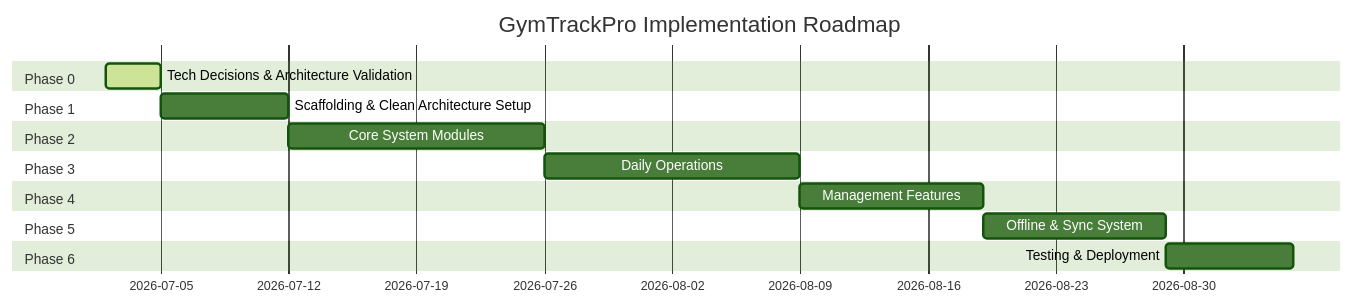
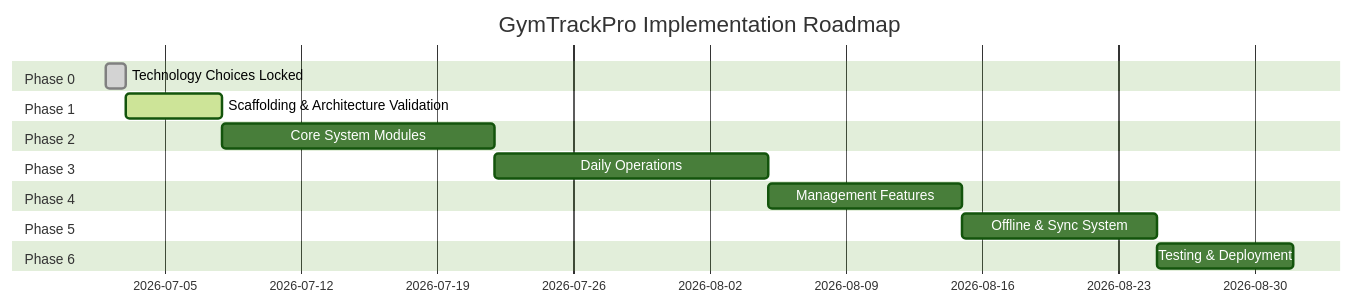
One commit to Kimchi991/GYM-TRACK changed the diagram in docs/02_Development_Roadmap.md. Above: the diagram before and after it, drawn with Mermaid (forest theme). The commit also changed other lines of this file and 7 other files, not shown here.

Commit message:
docs: finalize technology choices, simplified project layout, coding standards, and definition of done

````diff
--- a/docs/02_Development_Roadmap.md
+++ b/docs/02_Development_Roadmap.md
@@ -9,19 +9,19 @@
 ```mermaid
 gantt
     title GymTrackPro Implementation Roadmap
     dateFormat  YYYY-MM-DD
     section Phase 0
-    Tech Decisions & Architecture Validation :active, p0, 2026-07-02, 3d
+    Technology Choices Locked  :done, p0, 2026-07-02, 1d
     section Phase 1
-    Scaffolding & Clean Architecture Setup  : p1, after p0, 7d
+    Scaffolding & Architecture Validation :active, p1, after p0, 5d
     section Phase 2
     Core System Modules       : p2, after p1, 14d
     section Phase 3
     Daily Operations          : p3, after p2, 14d
     section Phase 4
     Management Features       : p4, after p3, 10d
     section Phase 5
     Offline & Sync System    : p5, after p4, 10d
     section Phase 6
     Testing & Deployment      : p6, after p5, 7d
 ```
````
